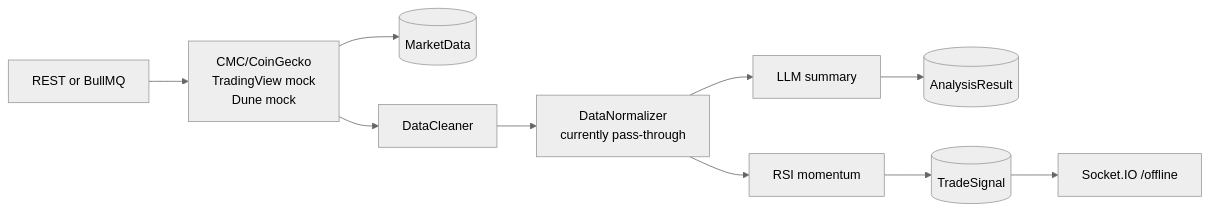
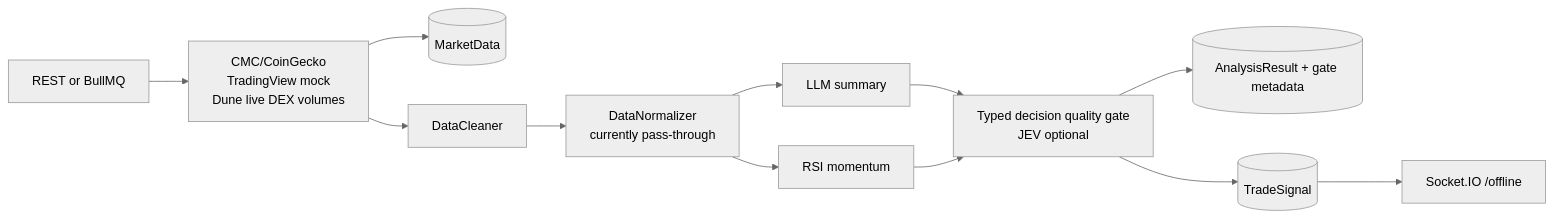
One commit to iis-MarkKuang/sol_trade_agents changed the diagram in docs/offline-agent-design.md. Above: the diagram before and after it, drawn with Mermaid (neutral theme). The commit also changed other lines of this file and 65 other files, not shown here.

````diff
--- a/docs/offline-agent-design.md
+++ b/docs/offline-agent-design.md
@@ -11,12 +11,14 @@
 ```mermaid
 flowchart LR
-  Trigger["REST or BullMQ"] --> Crawl["CMC/CoinGecko\nTradingView mock\nDune mock"]
+  Trigger["REST or BullMQ"] --> Crawl["CMC/CoinGecko\nTradingView mock\nDune live DEX volumes"]
   Crawl --> Store[("MarketData")]
   Crawl --> Clean["DataCleaner"]
   Clean --> Normalize["DataNormalizer\ncurrently pass-through"]
   Normalize --> LLM["LLM summary"]
   Normalize --> Strategy["RSI momentum"]
-  LLM --> Analysis[("AnalysisResult")]
-  Strategy --> Signal[("TradeSignal")]
+  LLM --> Gate["Typed decision quality gate\nJEV optional"]
+  Strategy --> Gate
+  Gate --> Analysis[("AnalysisResult + gate metadata")]
+  Gate --> Signal[("TradeSignal")]
   Signal --> Event["Socket.IO /offline"]
 ```
````
